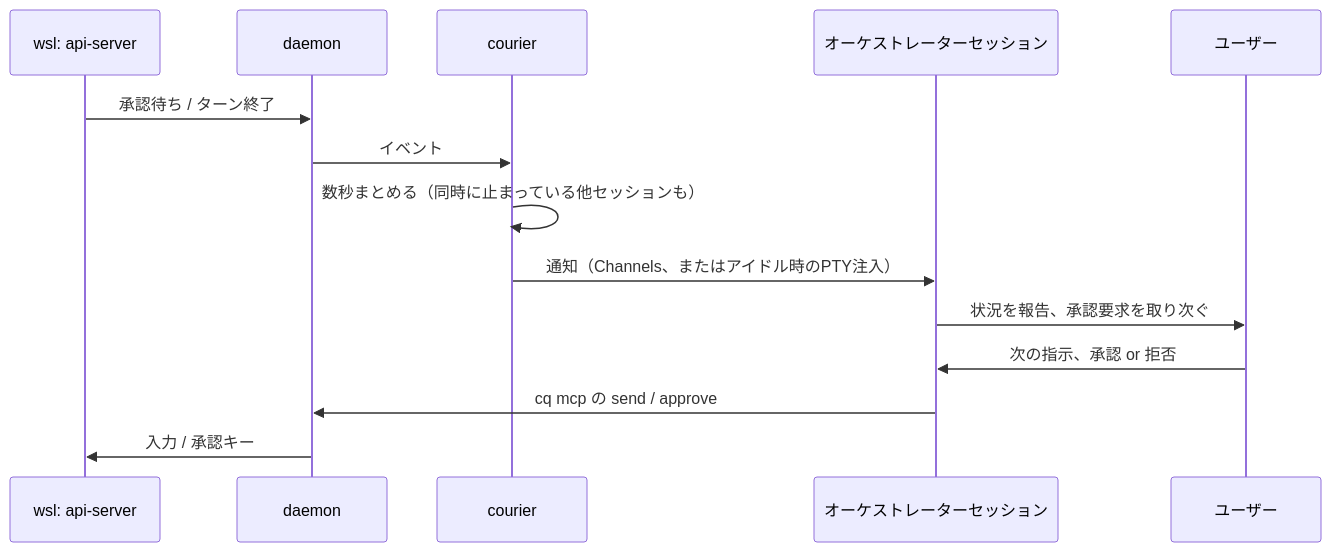
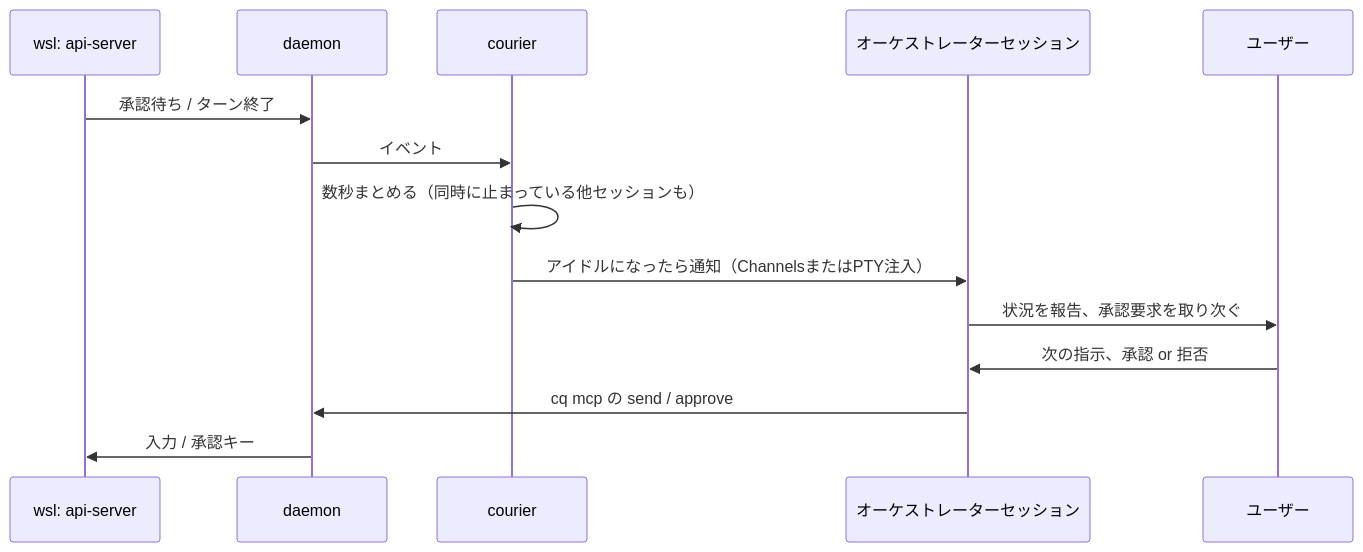
The third of 3 diagrams in docs/design.md (okenakt/code-quilt), drawn with Mermaid before and after one commit. The commit also changed other lines of this file, not shown here.

````diff
--- a/docs/design.md
+++ b/docs/design.md
@@ -230,16 +239,16 @@
 ```mermaid
 sequenceDiagram
   participant S as wsl: api-server
   participant D as daemon
   participant C as courier
   participant QS as オーケストレーターセッション
   participant U as ユーザー
   S->>D: 承認待ち / ターン終了
   D->>C: イベント
   C->>C: 数秒まとめる（同時に止まっている他セッションも）
-  C->>QS: 通知（Channels、またはアイドル時のPTY注入）
+  C->>QS: アイドルになったら通知（ChannelsまたはPTY注入）
   QS->>U: 状況を報告、承認要求を取り次ぐ
   U->>QS: 次の指示、承認 or 拒否
   QS->>D: cq mcp の send / approve
   D->>S: 入力 / 承認キー
 ```
````
